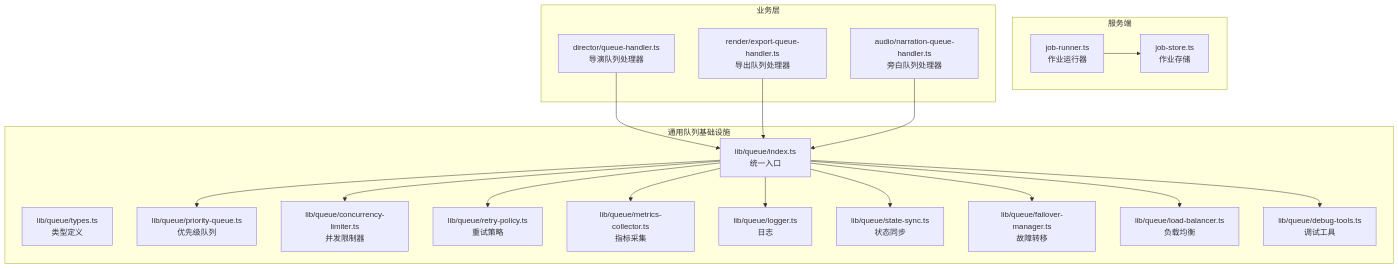
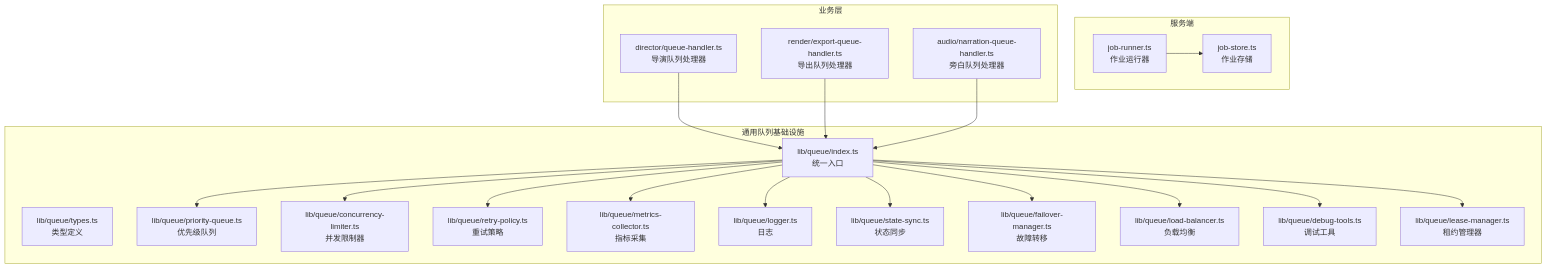
Before and after one commit to scottcwy/PurpleInk: the first of 6 diagrams in .qoder/repowiki/zh/content/后端架构/任务处理/任务处理.md, drawn with Mermaid. The commit also changed other lines of this file and 37 other files, not shown here.

````diff
--- a/.qoder/repowiki/zh/content/后端架构/任务处理/任务处理.md
+++ b/.qoder/repowiki/zh/content/后端架构/任务处理/任务处理.md
@@ -48,38 +57,40 @@
 ```mermaid
 graph TB
 subgraph "服务端"
 JR["job-runner.ts<br/>作业运行器"]
 JS["job-store.ts<br/>作业存储"]
 end
 subgraph "业务层"
 DQ["director/queue-handler.ts<br/>导演队列处理器"]
 RQ["render/export-queue-handler.ts<br/>导出队列处理器"]
 AQ["audio/narration-queue-handler.ts<br/>旁白队列处理器"]
 end
 subgraph "通用队列基础设施"
 QI["lib/queue/index.ts<br/>统一入口"]
 QT["lib/queue/types.ts<br/>类型定义"]
 PQ["lib/queue/priority-queue.ts<br/>优先级队列"]
 CL["lib/queue/concurrency-limiter.ts<br/>并发限制器"]
 RP["lib/queue/retry-policy.ts<br/>重试策略"]
 MC["lib/queue/metrics-collector.ts<br/>指标采集"]
 LG["lib/queue/logger.ts<br/>日志"]
 SS["lib/queue/state-sync.ts<br/>状态同步"]
 FM["lib/queue/failover-manager.ts<br/>故障转移"]
 LB["lib/queue/load-balancer.ts<br/>负载均衡"]
 DT["lib/queue/debug-tools.ts<br/>调试工具"]
+LM["lib/queue/lease-manager.ts<br/>租约管理器"]
 end
 JR --> JS
 DQ --> QI
 RQ --> QI
 AQ --> QI
 QI --> PQ
 QI --> CL
 QI --> RP
 QI --> MC
 QI --> LG
 QI --> SS
 QI --> FM
 QI --> LB
 QI --> DT
+QI --> LM
 ```
````
